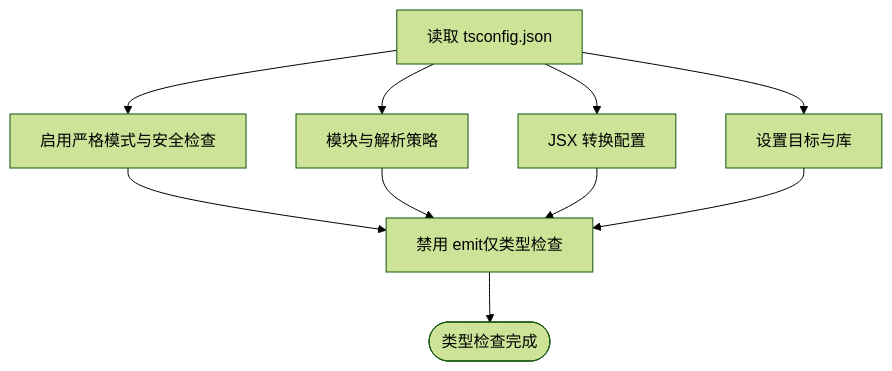
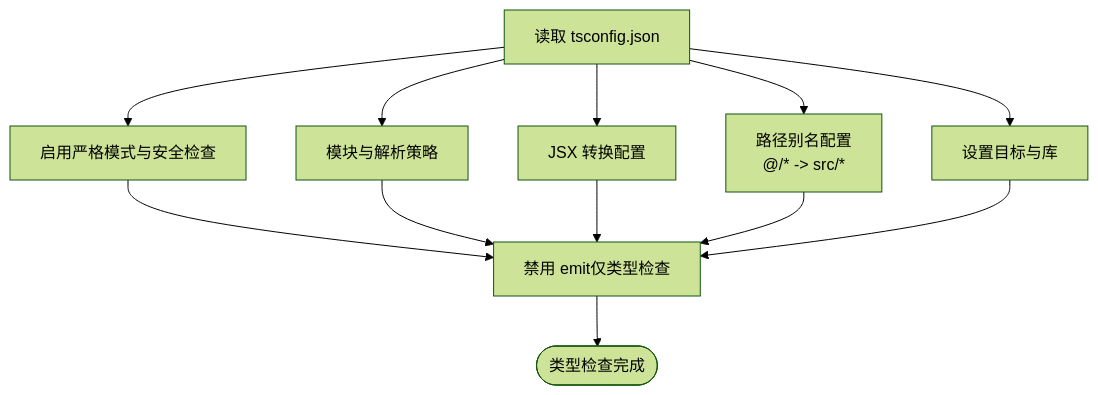
The fourth of 13 diagrams in .qoder/repowiki/zh/content/开发工具链/开发工具链.md (kkxxll/reactNext), drawn with Mermaid (forest theme) before and after one commit. The commit also changed other lines of this file and 12 other files, not shown here.

````diff
--- a/.qoder/repowiki/zh/content/开发工具链/开发工具链.md
+++ b/.qoder/repowiki/zh/content/开发工具链/开发工具链.md
@@ -204,12 +229,14 @@
 ```mermaid
 flowchart TD
 TSConf["读取 tsconfig.json"] --> Target["设置目标与库"]
 TSConf --> Strict["启用严格模式与安全检查"]
 TSConf --> Module["模块与解析策略"]
 TSConf --> JSX["JSX 转换配置"]
+TSConf --> Paths["路径别名配置<br/>@/* -> src/*"]
 Strict --> NoEmit["禁用 emit仅类型检查"]
 Module --> NoEmit
 JSX --> NoEmit
+Paths --> NoEmit
 Target --> NoEmit
 NoEmit --> Done(["类型检查完成"])
 ```
````
